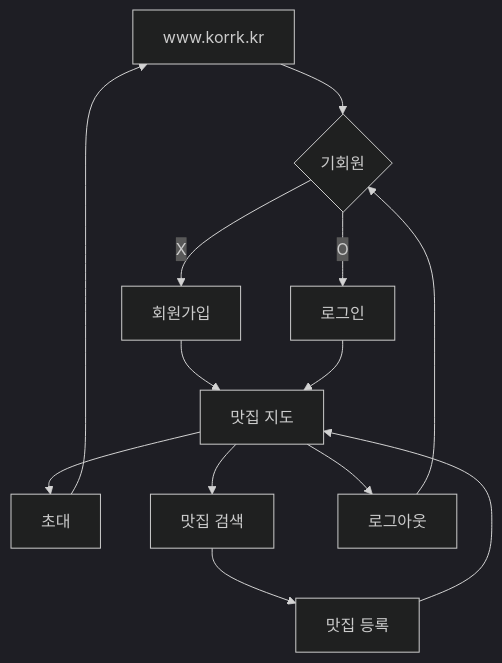
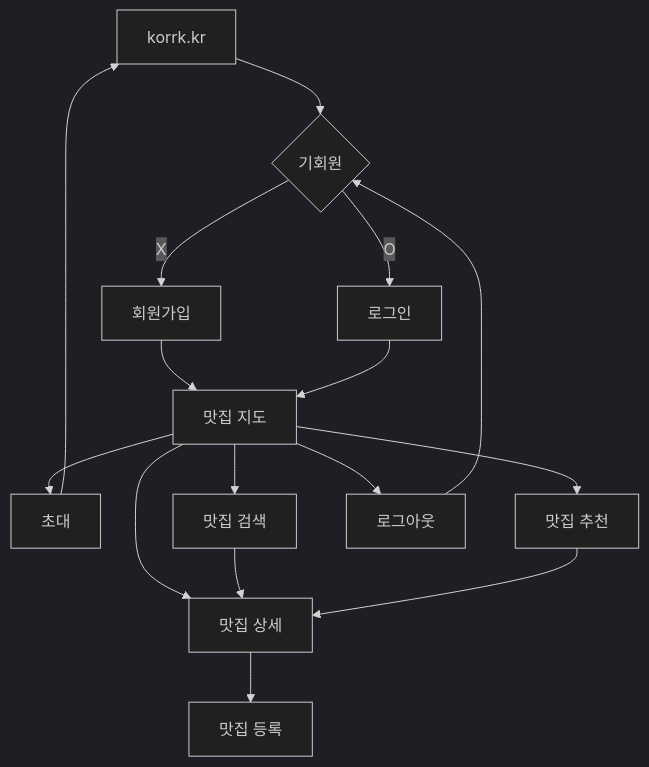
The diagram in README.md (mash-up-kr/VitaminC_Web), drawn with Mermaid (dark theme) before and after one commit. The commit also changed other lines of this file, not shown here.

````diff
--- a/README.md
+++ b/README.md
@@ -35,15 +43,17 @@
 ```mermaid
 flowchart TD
-    A[www.korrk.kr] --> B{기회원}
+    A[korrk.kr] --> B{기회원}
     B -->|X| C[회원가입]
     B -->|O| D[로그인]
     C --> E[맛집 지도]
     D --> E[맛집 지도]
 
     E --> F[초대] --> A
-    E --> G[맛집 검색]
-    E --> H[로그아웃]
+    E --> G[맛집 상세]
 
-    G --> I[맛집 등록] --> E
-    H --> B
+    E --> H[맛집 검색] --> G
+    E --> I[맛집 추천] --> G
+    E --> J[로그아웃] --> B
+
+    G --> K[맛집 등록]
 ```
````
